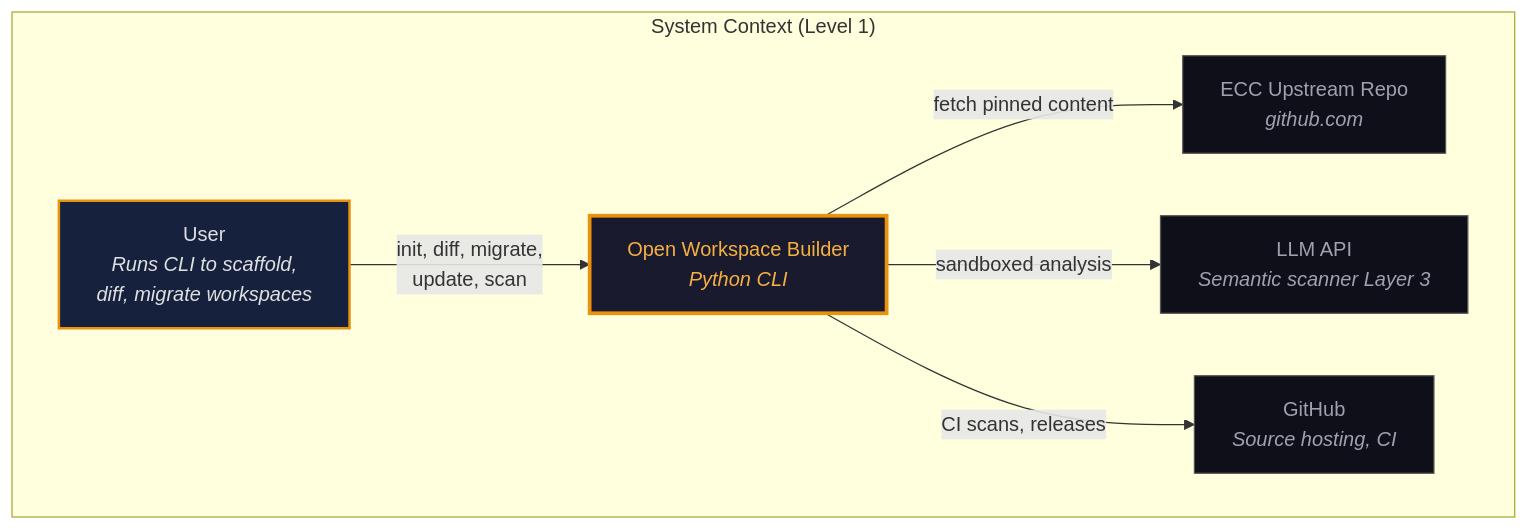
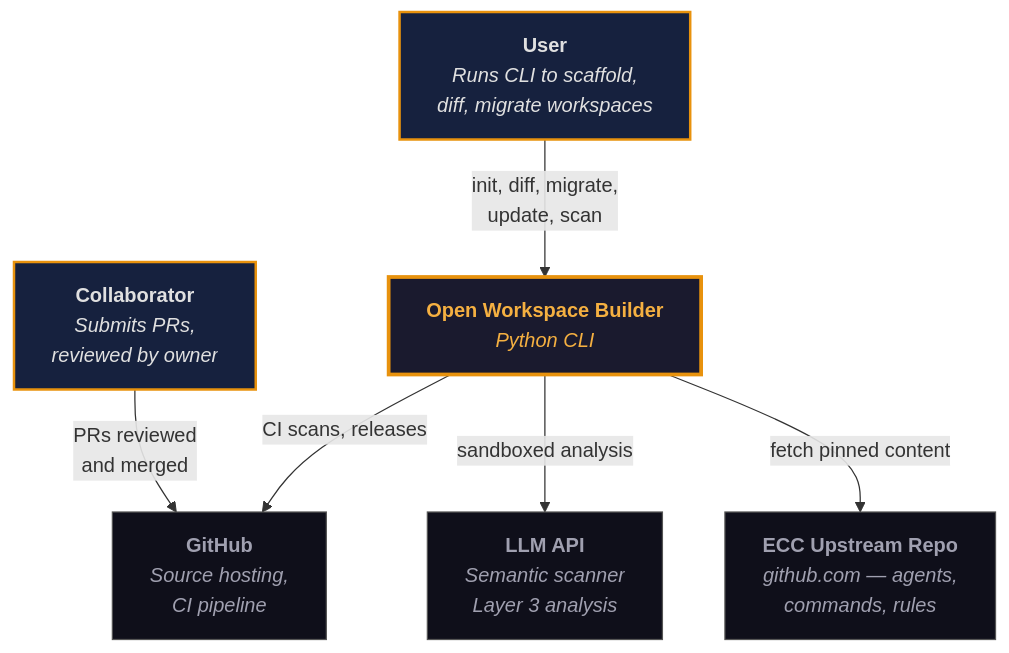
Before and after one commit to originalrgsec/open-workspace-builder: the first of 6 diagrams in docs/adr.md, drawn with Mermaid. The commit also changed other lines of this file, not shown here.

Commit message:
docs: add C4 Level 3 component diagram and DFD diagrams under proper headings

````diff
--- a/docs/adr.md
+++ b/docs/adr.md
@@ -11,19 +13,19 @@
 ```mermaid
 graph TD
-    subgraph context ["System Context (Level 1)"]
-        User["User<br/><i>Runs CLI to scaffold,<br/>diff, migrate workspaces</i>"]:::actor
-        OWB["Open Workspace Builder<br/><i>Python CLI</i>"]:::system
-        ECC["ECC Upstream Repo<br/><i>github.com</i>"]:::external
-        LLM["LLM API<br/><i>Semantic scanner Layer 3</i>"]:::external
-        GitHub["GitHub<br/><i>Source hosting, CI</i>"]:::external
-    end
+    User["<b>User</b><br/><i>Runs CLI to scaffold,<br/>diff, migrate workspaces</i>"]:::actor
+    Collab["<b>Collaborator</b><br/><i>Submits PRs,<br/>reviewed by owner</i>"]:::actor
+    OWB["<b>Open Workspace Builder</b><br/><i>Python CLI</i>"]:::system
+    ECC["<b>ECC Upstream Repo</b><br/><i>github.com — agents,<br/>commands, rules</i>"]:::external
+    LLM["<b>LLM API</b><br/><i>Semantic scanner<br/>Layer 3 analysis</i>"]:::external
+    GH["<b>GitHub</b><br/><i>Source hosting,<br/>CI pipeline</i>"]:::external
 
     User -->|"init, diff, migrate,<br/>update, scan"| OWB
+    Collab -->|"PRs reviewed<br/>and merged"| GH
     OWB -->|"fetch pinned content"| ECC
     OWB -->|"sandboxed analysis"| LLM
-    OWB -->|"CI scans, releases"| GitHub
+    OWB -->|"CI scans, releases"| GH
 
     classDef actor fill:#16213E,color:#E0E0E0,stroke:#E8920D,stroke-width:2px
     classDef system fill:#1A1A2E,color:#F5B041,stroke:#E8920D,stroke-width:3px
     classDef external fill:#0F0F1A,color:#A0A0B0,stroke:#555,stroke-width:1px
 ```
````
